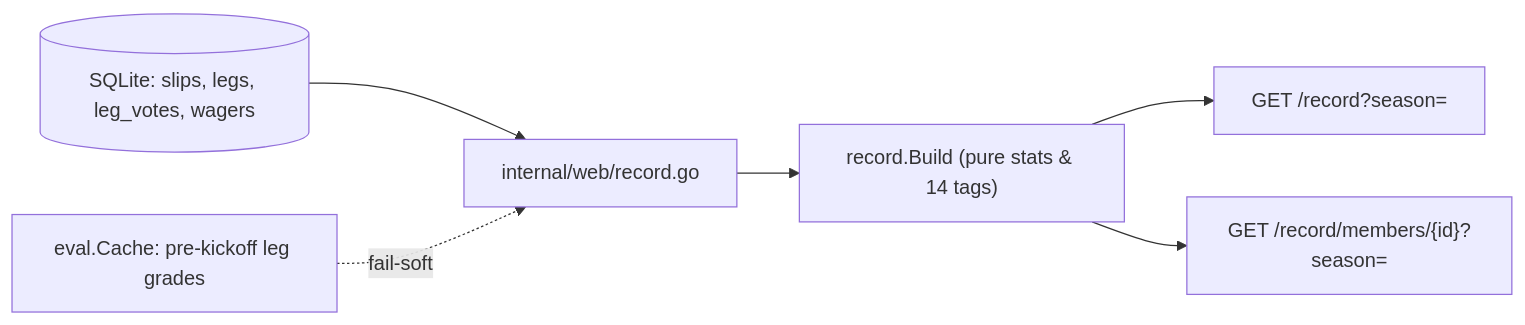
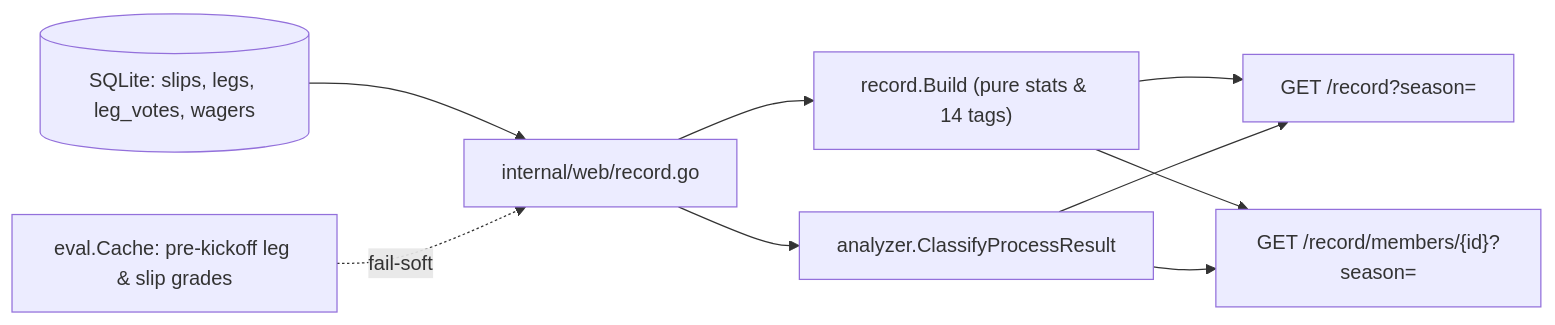
Before and after one commit to kalverra/parlay-club: the diagram in docs/concepts/record-book.md, drawn with Mermaid. The commit also changed other lines of this file and 8 other files, not shown here.

````diff
--- a/docs/concepts/record-book.md
+++ b/docs/concepts/record-book.md
@@ -13,8 +13,11 @@
 ```mermaid
 flowchart LR
   DB[("SQLite: slips, legs, leg_votes, wagers")] --> Web["internal/web/record.go"]
-  Eval["eval.Cache: pre-kickoff leg grades"] -. "fail-soft" .-> Web
+  Eval["eval.Cache: pre-kickoff leg & slip grades"] -. "fail-soft" .-> Web
   Web --> Build["record.Build (pure stats & 14 tags)"]
+  Web --> Outcome["analyzer.ClassifyProcessResult"]
   Build --> Board["GET /record?season="]
+  Outcome --> Board
   Build --> Member["GET /record/members/{id}?season="]
+  Outcome --> Member
 ```
````
